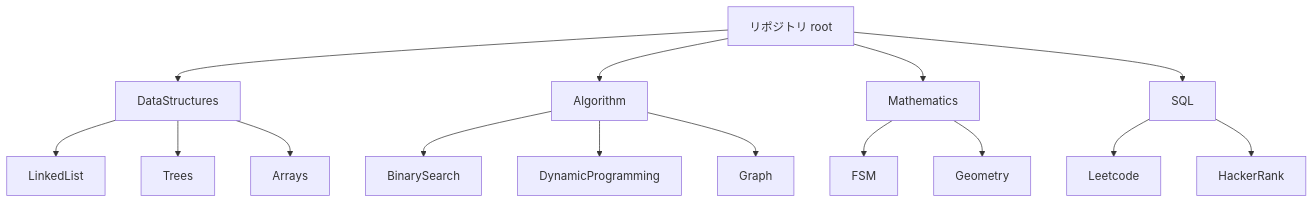
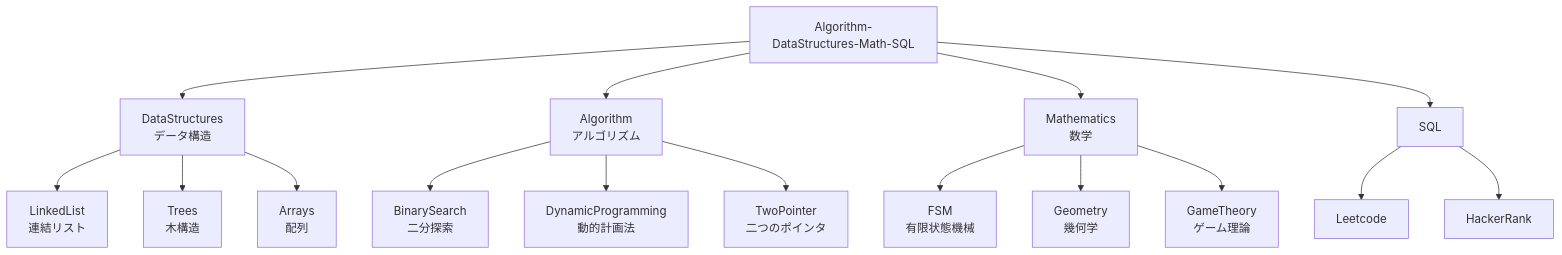
Before and after one commit to myoshi2891/Algorithm-DataStructures-Math-SQL: the first of 9 diagrams in README.md, drawn with Mermaid. The commit also changed other lines of this file, not shown here.

````diff
--- a/README.md
+++ b/README.md
@@ -23,41 +22,29 @@
 ```mermaid
-flowchart TD
-  A[リポジトリ root]
-  B[DataStructures]
-  C[Algorithm]
-  D[Mathematics]
-  E[SQL]
-
-  B1[LinkedList]
-  B2[Trees]
-  B3[Arrays]
-
-  C1[BinarySearch]
-  C2[DynamicProgramming]
-  C3[Graph]
-
-  D1[FSM]
-  D2[Geometry]
-
-  E1[Leetcode]
-  E2[HackerRank]
-
-  A --> B
-  A --> C
-  A --> D
-  A --> E
-
-  B --> B1
-  B --> B2
-  B --> B3
-
-  C --> C1
-  C --> C2
-  C --> C3
-
-  D --> D1
-  D --> D2
-
-  E --> E1
-  E --> E2
+graph TB
+    Root[Algorithm-DataStructures-Math-SQL]
+    
+    DS[DataStructures<br/>データ構造]
+    Algo[Algorithm<br/>アルゴリズム]
+    Math[Mathematics<br/>数学]
+    SQL[SQL]
+    
+    Root --> DS
+    Root --> Algo
+    Root --> Math
+    Root --> SQL
+    
+    DS --> LinkedList[LinkedList<br/>連結リスト]
+    DS --> Trees[Trees<br/>木構造]
+    DS --> Arrays[Arrays<br/>配列]
+    
+    Algo --> BinarySearch[BinarySearch<br/>二分探索]
+    Algo --> DP[DynamicProgramming<br/>動的計画法]
+    Algo --> TwoPointer[TwoPointer<br/>二つのポインタ]
+    
+    Math --> FSM[FSM<br/>有限状態機械]
+    Math --> Geometry[Geometry<br/>幾何学]
+    Math --> GameTheory[GameTheory<br/>ゲーム理論]
+    
+    SQL --> LeetCodeSQL[Leetcode]
+    SQL --> HackerRankSQL[HackerRank]
 ```
````
